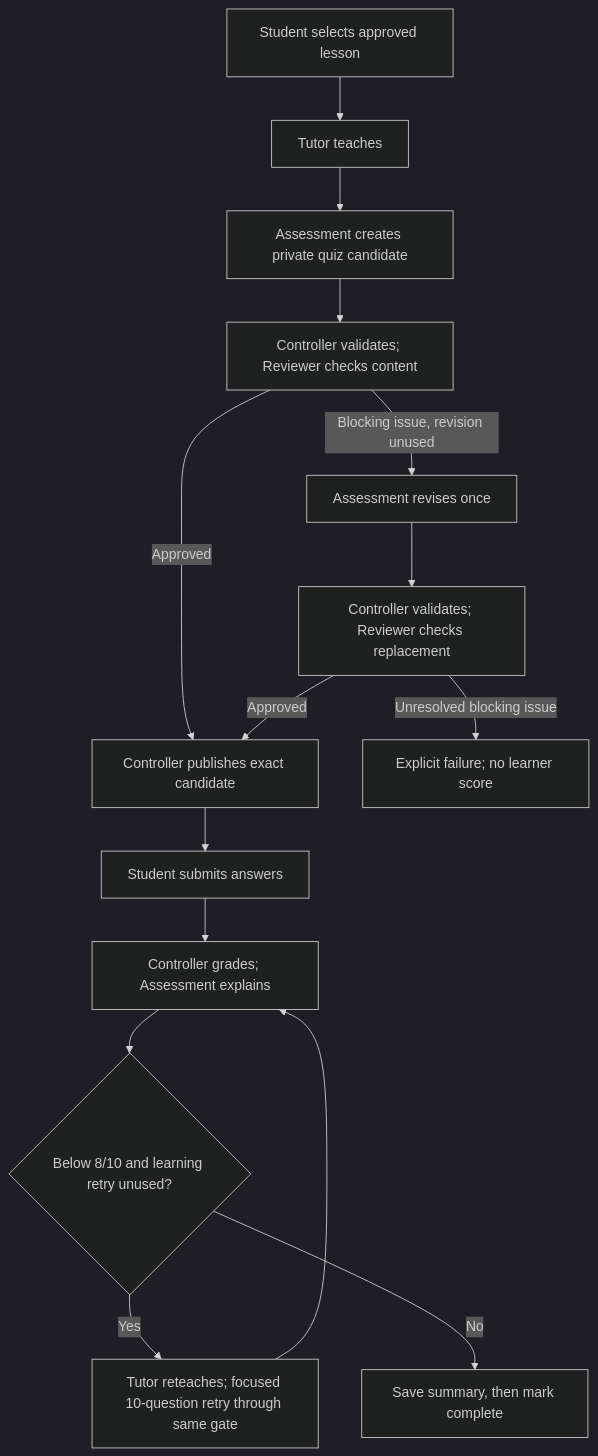
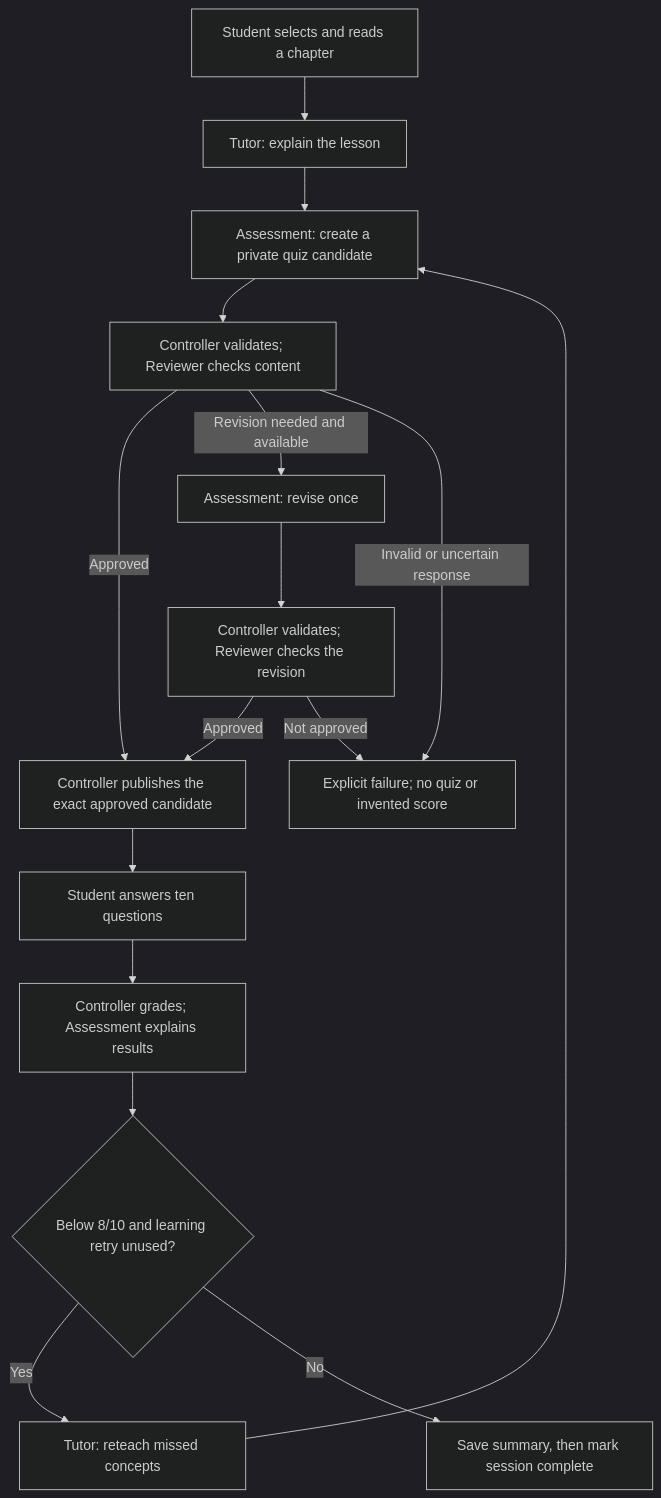
One commit to Soma-Majumder/Study-Buddy changed the diagram in README.md. Above: the diagram before and after it, drawn with Mermaid (dark theme). The commit also changed other lines of this file, not shown here.

````diff
--- a/README.md
+++ b/README.md
@@ -21,17 +44,18 @@
 ```mermaid
 flowchart TD
-  S[Student selects approved lesson] --> T[Tutor teaches]
-  T --> A[Assessment creates private quiz candidate]
+  S[Student selects and reads a chapter] --> T[Tutor: explain the lesson]
+  T --> A[Assessment: create a private quiz candidate]
   A --> V[Controller validates; Reviewer checks content]
-  V -->|Blocking issue, revision unused| R[Assessment revises once]
-  R --> V2[Controller validates; Reviewer checks replacement]
-  V -->|Approved| P[Controller publishes exact candidate]
+  V -->|Approved| P[Controller publishes the exact approved candidate]
+  V -->|Revision needed and available| R[Assessment: revise once]
+  R --> V2[Controller validates; Reviewer checks the revision]
   V2 -->|Approved| P
-  V2 -->|Unresolved blocking issue| F[Explicit failure; no learner score]
-  P --> Q[Student submits answers]
-  Q --> G[Controller grades; Assessment explains]
+  V -->|Invalid or uncertain response| F[Explicit failure; no quiz or invented score]
+  V2 -->|Not approved| F
+  P --> Q[Student answers ten questions]
+  Q --> G[Controller grades; Assessment explains results]
   G --> D{Below 8/10 and learning retry unused?}
-  D -->|Yes| RT[Tutor reteaches; focused 10-question retry through same gate]
-  RT --> G
-  D -->|No| SAVE[Save summary, then mark complete]
+  D -->|Yes| RT[Tutor: reteach missed concepts]
+  RT --> A
+  D -->|No| SAVE[Save summary, then mark session complete]
 ```
````
